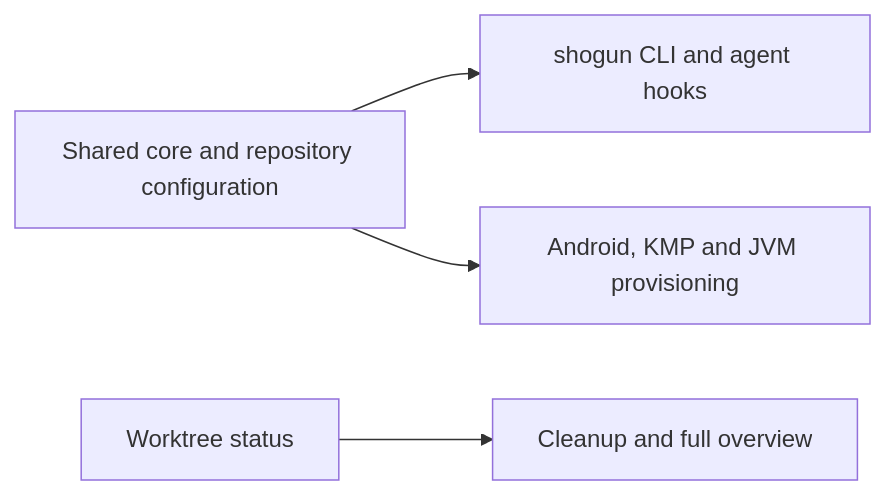
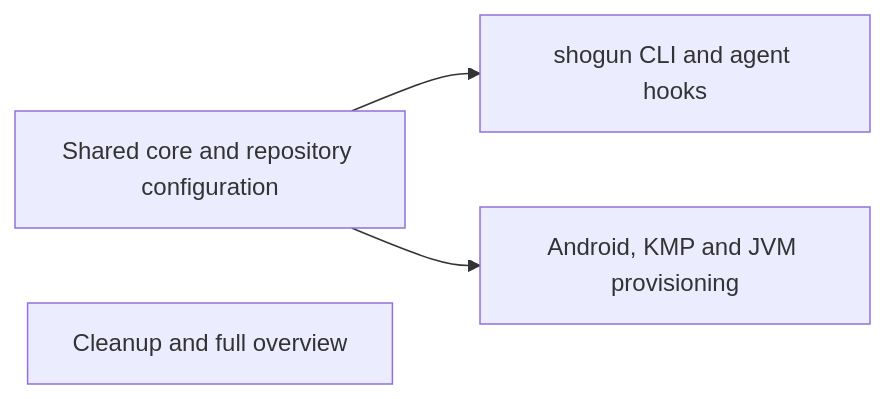
Before and after one commit to LuxionServer/ShogunAi: the diagram in docs/roadmap.md, drawn with Mermaid. The commit also changed other lines of this file and 9 other files, not shown here.

First line of the commit message:
Archive the worktree-status change

````diff
--- a/docs/roadmap.md
+++ b/docs/roadmap.md
@@ -17,6 +17,6 @@
 ```mermaid
 graph LR
     A["Shared core and repository configuration"] --> B["shogun CLI and agent hooks"]
     A --> D["Android, KMP and JVM provisioning"]
-    C["Worktree status"] --> E["Cleanup and full overview"]
+    E["Cleanup and full overview"]
 ```
````
